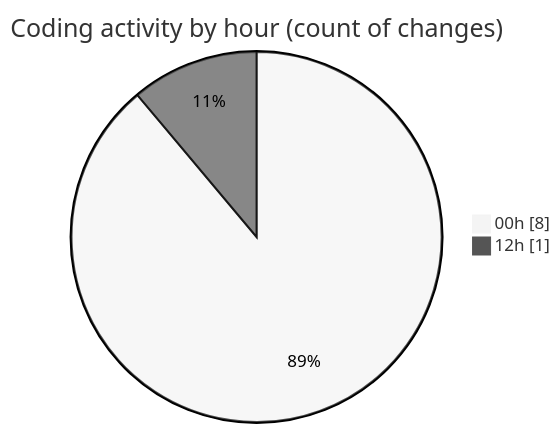
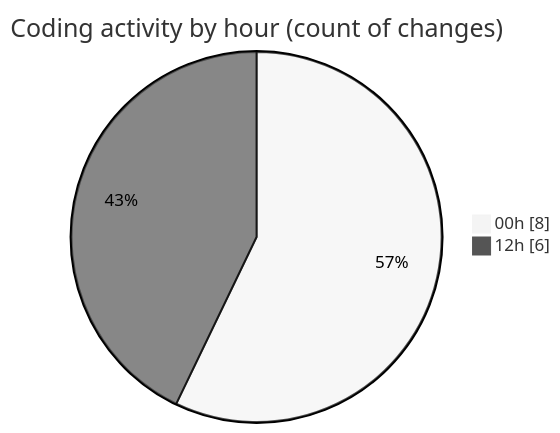
The second of 2 diagrams in 2025-10-11/cdp_aleoudev_fr__workspace_/README.md (julien-gomy/code-tracking), drawn with Mermaid (neutral theme) before and after one commit. The commit also changed other lines of this file and 1 other file, not shown here.

````diff
--- a/2025-10-11/cdp_aleoudev_fr__workspace_/README.md
+++ b/2025-10-11/cdp_aleoudev_fr__workspace_/README.md
@@ -33,6 +33,6 @@
 ```mermaid
 pie showData
 title Coding activity by hour (count of changes)
 "00h" : 8
-"12h" : 1
+"12h" : 6
 ```
````
